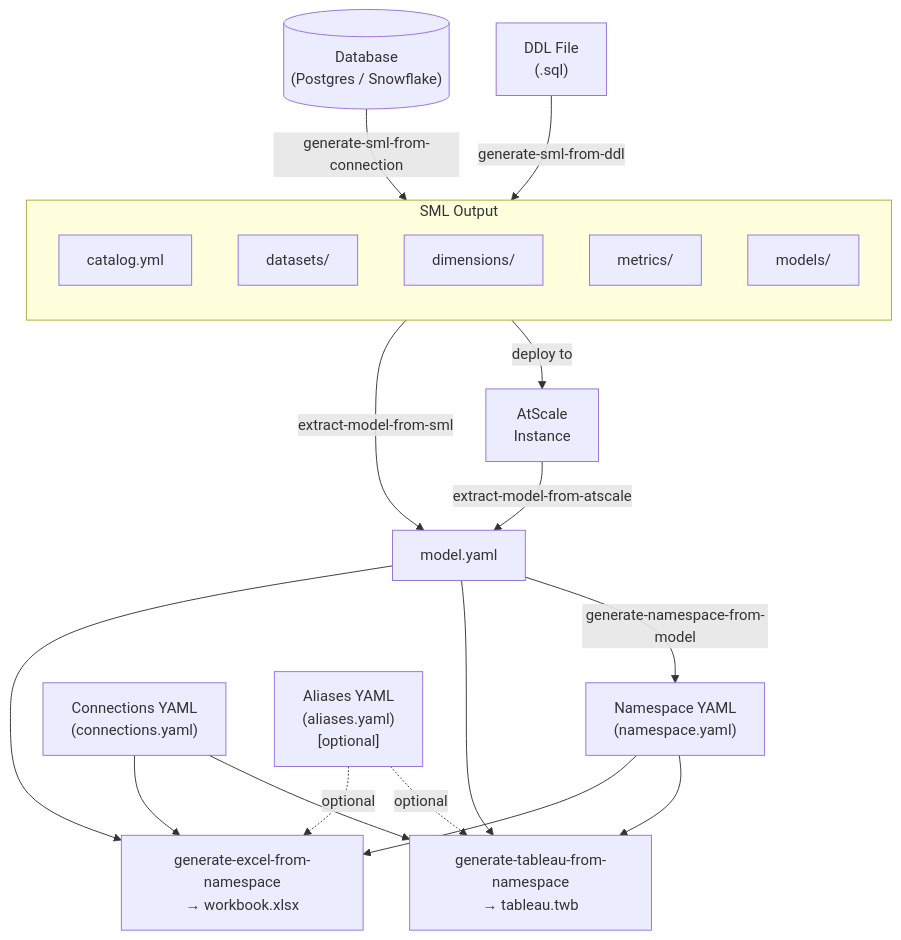
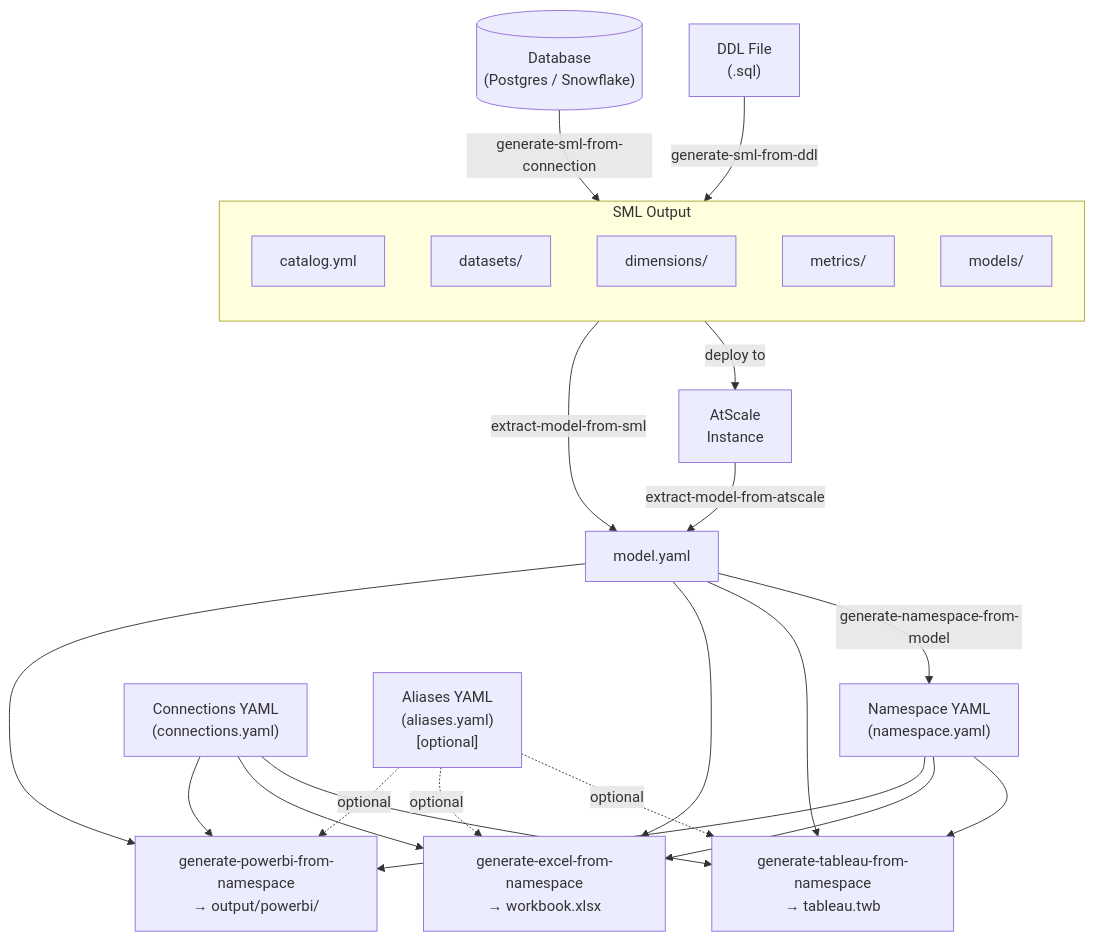
The diagram in README.md (AtScaleInc/ps-utils), drawn with Mermaid before and after one commit. The commit also changed other lines of this file and 6 other files, not shown here.

````diff
--- a/README.md
+++ b/README.md
@@ -19,37 +18,42 @@
 ```mermaid
 flowchart TD
     DDL["DDL File\n(.sql)"]
     DB[("Database\n(Postgres / Snowflake)")]
     ATS["AtScale\nInstance"]
     NS["Namespace YAML\n(namespace.yaml)"]
     CONN["Connections YAML\n(connections.yaml)"]
     ALIASES["Aliases YAML\n(aliases.yaml)\n[optional]"]
 
     DDL -->|generate-sml-from-ddl| SML
     DB  -->|generate-sml-from-connection| SML
 
     subgraph SML["SML Output"]
         direction TB
         catalog["catalog.yml"]
         datasets["datasets/"]
         dims["dimensions/"]
         metrics["metrics/"]
         models["models/"]
     end
 
     SML -->|deploy to| ATS
     ATS -->|extract-model-from-atscale| MODEL["model.yaml"]
     SML -->|extract-model-from-sml| MODEL
 
     MODEL -->|generate-namespace-from-model| NS
     MODEL --> TWB
     MODEL --> XLSX
     NS    --> TWB
     NS    --> XLSX
     CONN  --> TWB
     CONN  --> XLSX
     ALIASES -.->|optional| TWB
     ALIASES -.->|optional| XLSX
+    ALIASES -.->|optional| PBI
+    MODEL --> PBI
+    NS    --> PBI
+    CONN  --> PBI
     TWB["generate-tableau-from-namespace\n→ tableau.twb"]
     XLSX["generate-excel-from-namespace\n→ workbook.xlsx"]
+    PBI["generate-powerbi-from-namespace\n→ output/powerbi/"]
 ```
````
